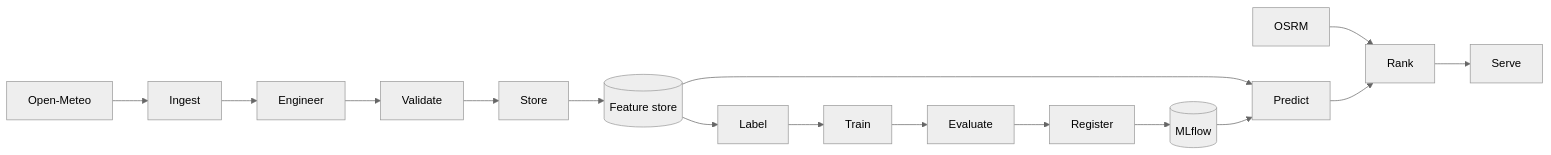
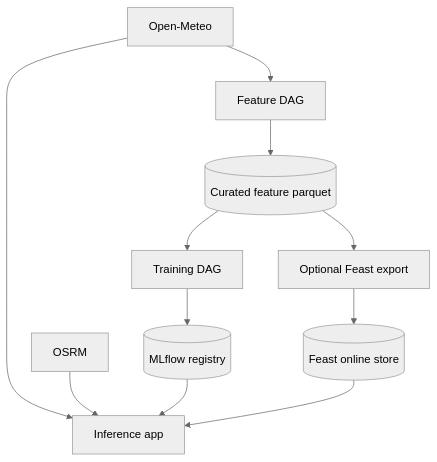
One commit to javihslu/foehncast changed the first of 2 diagrams in docs/site/system/architecture.md. Above: the diagram before and after it, drawn with Mermaid (neutral theme). The commit also changed other lines of this file and 34 other files, not shown here.

Commit message:
feat(local): simplify stack and add optional feast path

````diff
--- a/docs/site/system/architecture.md
+++ b/docs/site/system/architecture.md
@@ -7,20 +7,15 @@
 ```mermaid
-flowchart LR
-    OME[Open-Meteo] --> F1[Ingest]
-    F1 --> F2[Engineer]
-    F2 --> F3[Validate]
-    F3 --> F4[Store]
-    F4 --> FS[(Feature store)]
+flowchart TD
+    OME[Open-Meteo] --> FEAT[Feature DAG]
+    FEAT --> PAR[(Curated feature parquet)]
+    PAR --> TRAIN[Training DAG]
+    TRAIN --> MLF[(MLflow registry)]
 
-    FS --> T1[Label]
-    T1 --> T2[Train]
-    T2 --> T3[Evaluate]
-    T3 --> T4[Register]
-    T4 --> MR[(MLflow)]
+    OME --> APP[Inference app]
+    OSRM[OSRM] --> APP
+    MLF --> APP
 
-    FS --> I1[Predict]
-    MR --> I1
-    OSRM[OSRM] --> I2[Rank]
-    I1 --> I2
-    I2 --> I3[Serve]
+    PAR --> FEXP[Optional Feast export]
+    FEXP --> FEAST[(Feast online store)]
+    FEAST --> APP
 ```
````
